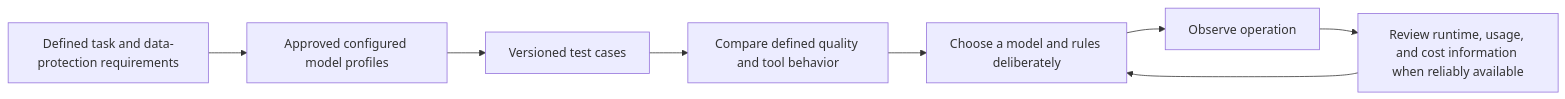
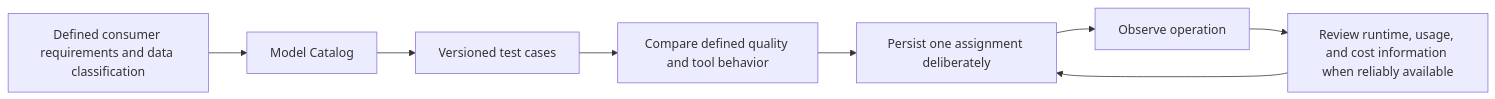
The second of 2 diagrams in docs/architecture/capabilities-and-industrial-value.md (aboerzel/industrial-ai-agent), drawn with Mermaid before and after one commit. The commit also changed other lines of this file and 68 other files, not shown here.

````diff
--- a/docs/architecture/capabilities-and-industrial-value.md
+++ b/docs/architecture/capabilities-and-industrial-value.md
@@ -153,10 +154,10 @@
 ```mermaid
 flowchart LR
-    Task["Defined task and data-protection requirements"] --> Candidates["Approved configured model profiles"]
-    Candidates --> Tests["Versioned test cases"]
+    Task["Defined consumer requirements and data classification"] --> Catalog["Model Catalog"]
+    Catalog --> Tests["Versioned test cases"]
     Tests --> Compare["Compare defined quality and tool behavior"]
-    Compare --> Choice["Choose a model and rules deliberately"]
+    Compare --> Choice["Persist one assignment deliberately"]
     Choice --> Operation["Observe operation"]
     Operation --> Review["Review runtime, usage, and cost information when reliably available"]
     Review --> Choice
 ```
````
